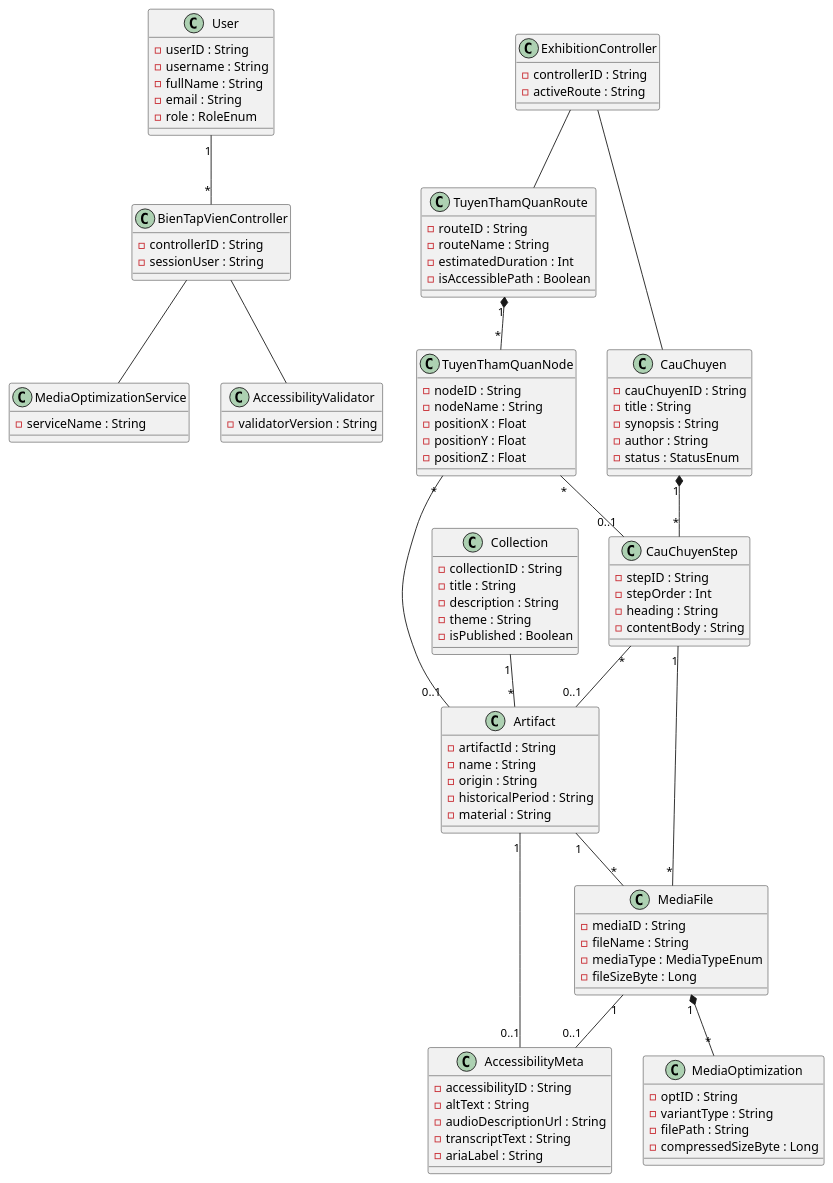
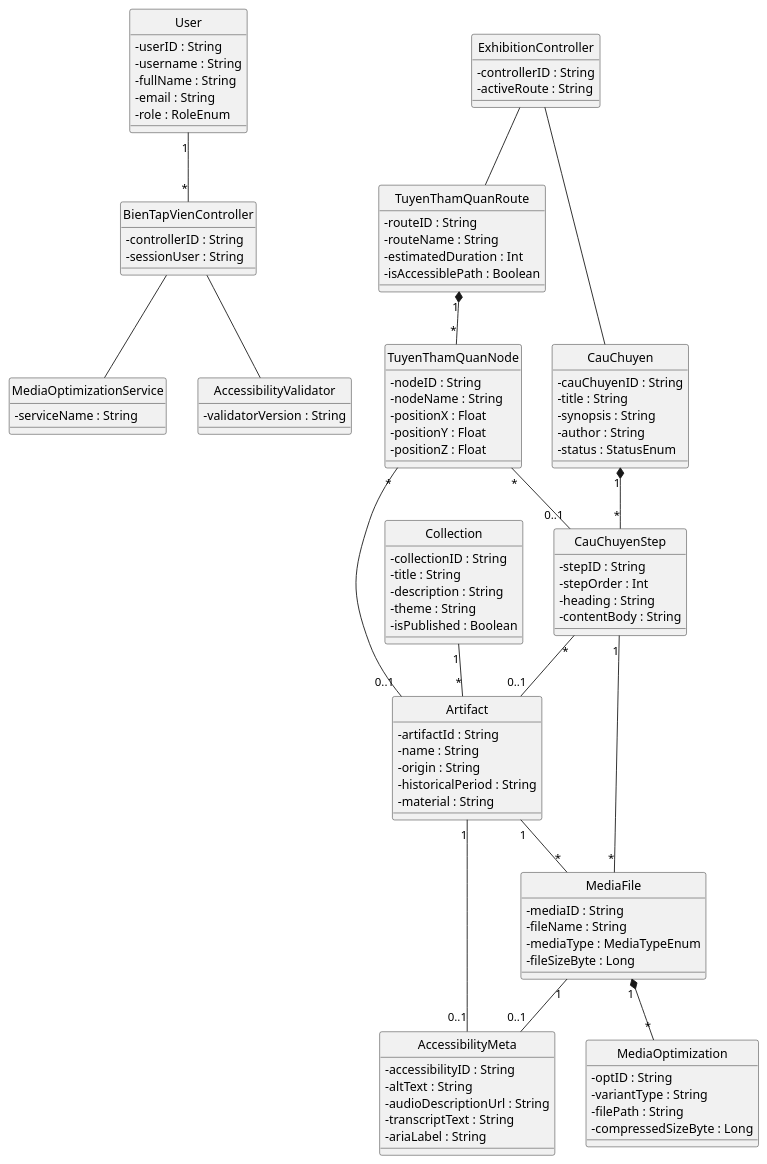
The diagram in class.puml (QuangLy1250080112/PlantUML_Mohinhhoa), drawn with PlantUML before and after one commit. The commit also changed 3 other files, not shown here.

Commit message:
Khoi tao 5 so do UML bang ma PlantUML ver 1.1

```diff
--- a/class.puml
+++ b/class.puml
@@ -1,118 +1,125 @@
 @startuml name "Hệ thống Triển lãm Trực tuyến Tương tác" title "Class Diagram - Hệ thống Triển lãm Trực tuyến Tương tác"
+' Tắt biểu tượng chữ C màu xanh ở tiêu đề lớp
+hide circle
+
+' Chuyển icon ô vuông đỏ thành ký tự dấu trừ (-) dạng text
+skinparam classAttributeIconSize 0
+
 class User {
   -userID : String
   -username : String
   -fullName : String
   -email : String
   -role : RoleEnum
 }
 
 class BienTapVienController {
   -controllerID : String
   -sessionUser : String
 }
 
 class MediaOptimizationService {
   -serviceName : String
 }
 
 class AccessibilityValidator {
   -validatorVersion : String
 }
 
 class ExhibitionController {
   -controllerID : String
   -activeRoute : String
 }
 
 class TuyenThamQuanRoute {
   -routeID : String
   -routeName : String
   -estimatedDuration : Int
   -isAccessiblePath : Boolean
 }
 
 class TuyenThamQuanNode {
   -nodeID : String
   -nodeName : String
   -positionX : Float
   -positionY : Float
   -positionZ : Float
 }
 
 class CauChuyen {
   -cauChuyenID : String
   -title : String
   -synopsis : String
   -author : String
   -status : StatusEnum
 }
 
 class CauChuyenStep {
   -stepID : String
   -stepOrder : Int
   -heading : String
   -contentBody : String
 }
 
 class Collection {
   -collectionID : String
   -title : String
   -description : String
   -theme : String
   -isPublished : Boolean
 }
 
 class Artifact {
   -artifactId : String
   -name : String
   -origin : String
   -historicalPeriod : String
   -material : String
 }
 
 class MediaFile {
   -mediaID : String
   -fileName : String
   -mediaType : MediaTypeEnum
   -fileSizeByte : Long
 }
 
 class MediaOptimization {
   -optID : String
   -variantType : String
   -filePath : String
   -compressedSizeByte : Long
 }
 
 class AccessibilityMeta {
   -accessibilityID : String
   -altText : String
   -audioDescriptionUrl : String
   -transcriptText : String
   -ariaLabel : String
 }
 
+' Khai báo quan hệ dữ liệu chuẩn theo hướng kết nối mẫu
 User "1" -- "*" BienTapVienController
 BienTapVienController -- MediaOptimizationService
 BienTapVienController -- AccessibilityValidator
 
 ExhibitionController -- CauChuyen
 ExhibitionController -- TuyenThamQuanRoute
 
 TuyenThamQuanRoute "1" *-- "*" TuyenThamQuanNode
 CauChuyen "1" *-- "*" CauChuyenStep
 
 TuyenThamQuanNode "*" -- "0..1" CauChuyenStep
 TuyenThamQuanNode "*" -- "0..1" Artifact
 
 Collection "1" -- "*" Artifact
 CauChuyenStep "*" -- "0..1" Artifact
 
 CauChuyenStep "1" -- "*" MediaFile
 Artifact "1" -- "*" MediaFile
 
 MediaFile "1" *-- "*" MediaOptimization
 MediaFile "1" -- "0..1" AccessibilityMeta
 Artifact "1" -- "0..1" AccessibilityMeta
 @endl
```
